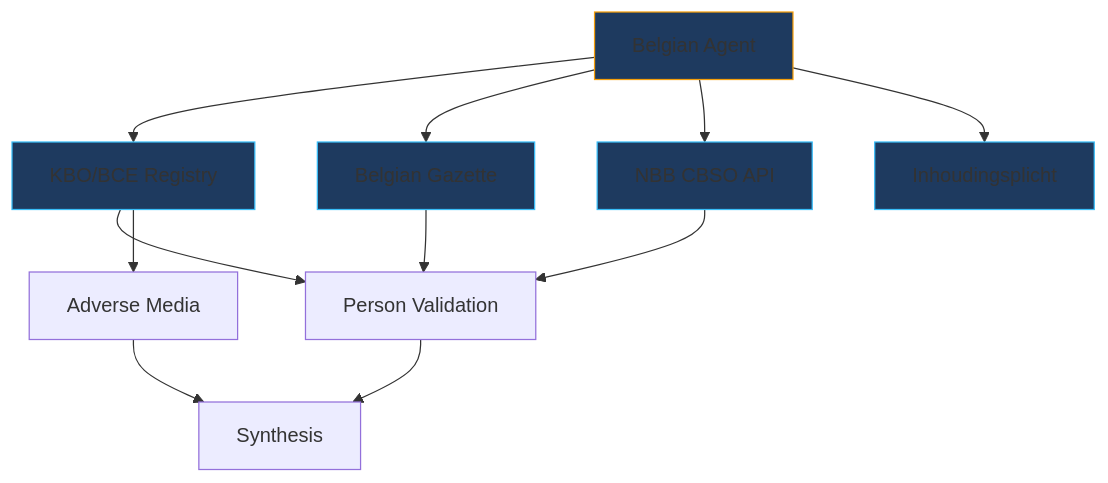
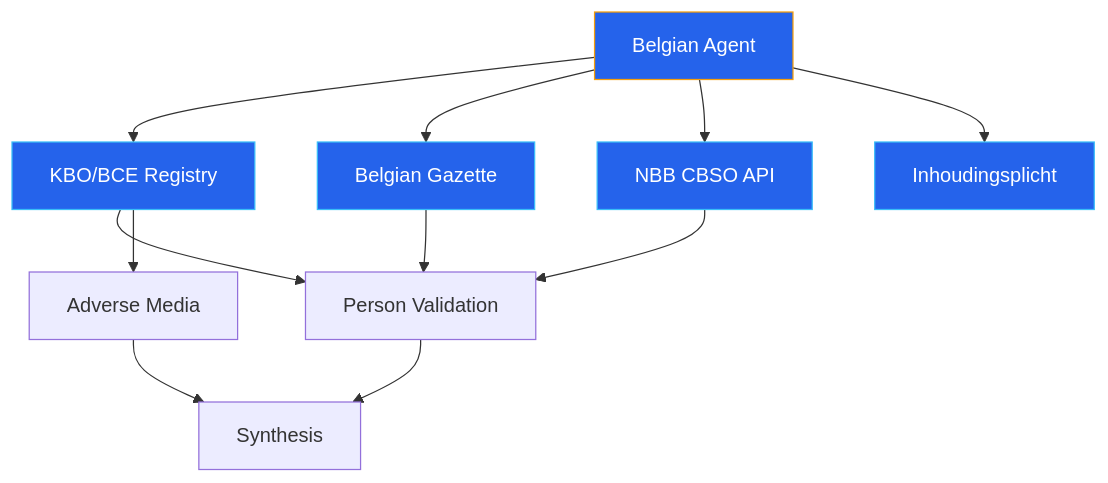
The second of 2 diagrams in docs/architecture/osint-pipeline.md (Tsunami-max/trust-relay-docs), drawn with Mermaid before and after one commit. The commit also changed other lines of this file and 24 other files, not shown here.

````diff
--- a/docs/architecture/osint-pipeline.md
+++ b/docs/architecture/osint-pipeline.md
@@ -55,20 +55,20 @@
 ```mermaid
 graph TD
     BA[Belgian Agent] --> KBO[KBO/BCE Registry]
     BA --> GAZ[Belgian Gazette]
     BA --> NBB[NBB CBSO API]
     BA --> INH[Inhoudingsplicht]
 
     KBO --> PV[Person Validation]
     KBO --> AM[Adverse Media]
     GAZ --> PV
     NBB --> PV
     PV --> SYN[Synthesis]
     AM --> SYN
 
-    style BA fill:#1e3a5f,stroke:#f59e0b
-    style KBO fill:#1e3a5f,stroke:#38bdf8
-    style GAZ fill:#1e3a5f,stroke:#38bdf8
-    style NBB fill:#1e3a5f,stroke:#38bdf8
-    style INH fill:#1e3a5f,stroke:#38bdf8
+    style BA fill:#2563eb,stroke:#f59e0b,color:#fff
+    style KBO fill:#2563eb,stroke:#38bdf8,color:#fff
+    style GAZ fill:#2563eb,stroke:#38bdf8,color:#fff
+    style NBB fill:#2563eb,stroke:#38bdf8,color:#fff
+    style INH fill:#2563eb,stroke:#38bdf8,color:#fff
 ```
````
